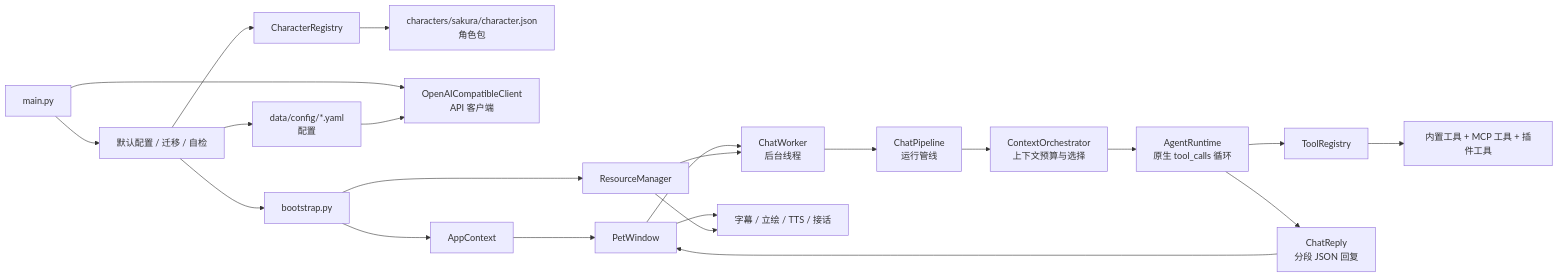
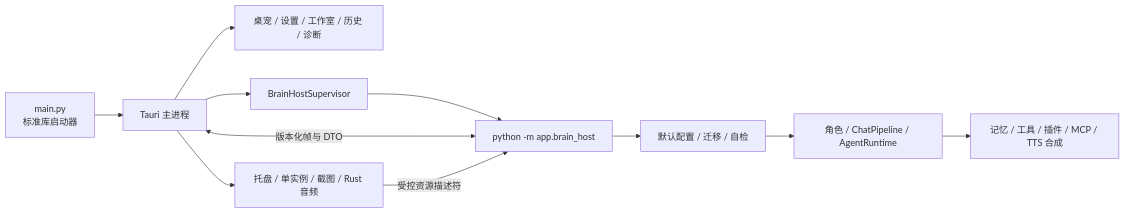
Before and after one commit to Rvosy/Sakura: the diagram in docs/TECHNICAL_README.md, drawn with Mermaid. The commit also changed other lines of this file and 9 other files, not shown here.

````diff
--- a/docs/TECHNICAL_README.md
+++ b/docs/TECHNICAL_README.md
@@ -25,24 +26,13 @@
 ```mermaid
 flowchart LR
-    A["main.py"] --> X["默认配置 / 迁移 / 自检"]
-    X --> B["data/config/*.yaml<br/>配置"]
-    X --> C["CharacterRegistry"]
-    C --> D["characters/sakura/character.json<br/>角色包"]
-    A --> E["OpenAICompatibleClient<br/>API 客户端"]
-    B --> E
-    X --> J["bootstrap.py"]
-    J --> K["AppContext"]
-    J --> R["ResourceManager"]
-    K --> L["PetWindow"]
-    L --> M["ChatWorker<br/>后台线程"]
-    M --> N["ChatPipeline<br/>运行管线"]
-    N --> O["ContextOrchestrator<br/>上下文预算与选择"]
-    O --> S["AgentRuntime<br/>原生 tool_calls 循环"]
-    S --> T["ToolRegistry"]
-    T --> U["内置工具 + MCP 工具 + 插件工具"]
-    S --> V["ChatReply<br/>分段 JSON 回复"]
-    V --> L
-    L --> W["字幕 / 立绘 / TTS / 接话"]
-    R --> M
-    R --> W
+    A["main.py<br/>标准库启动器"] --> B["Tauri 主进程"]
+    B --> C["桌宠 / 设置 / 工作室 / 历史 / 诊断"]
+    B --> D["托盘 / 单实例 / 截图 / Rust 音频"]
+    B --> E["BrainHostSupervisor"]
+    E --> F["python -m app.brain_host"]
+    F --> G["默认配置 / 迁移 / 自检"]
+    G --> H["角色 / ChatPipeline / AgentRuntime"]
+    H --> I["记忆 / 工具 / 插件 / MCP / TTS 合成"]
+    B <-->|"版本化帧与 DTO"| F
+    D -->|"受控资源描述符"| F
 ```
````
